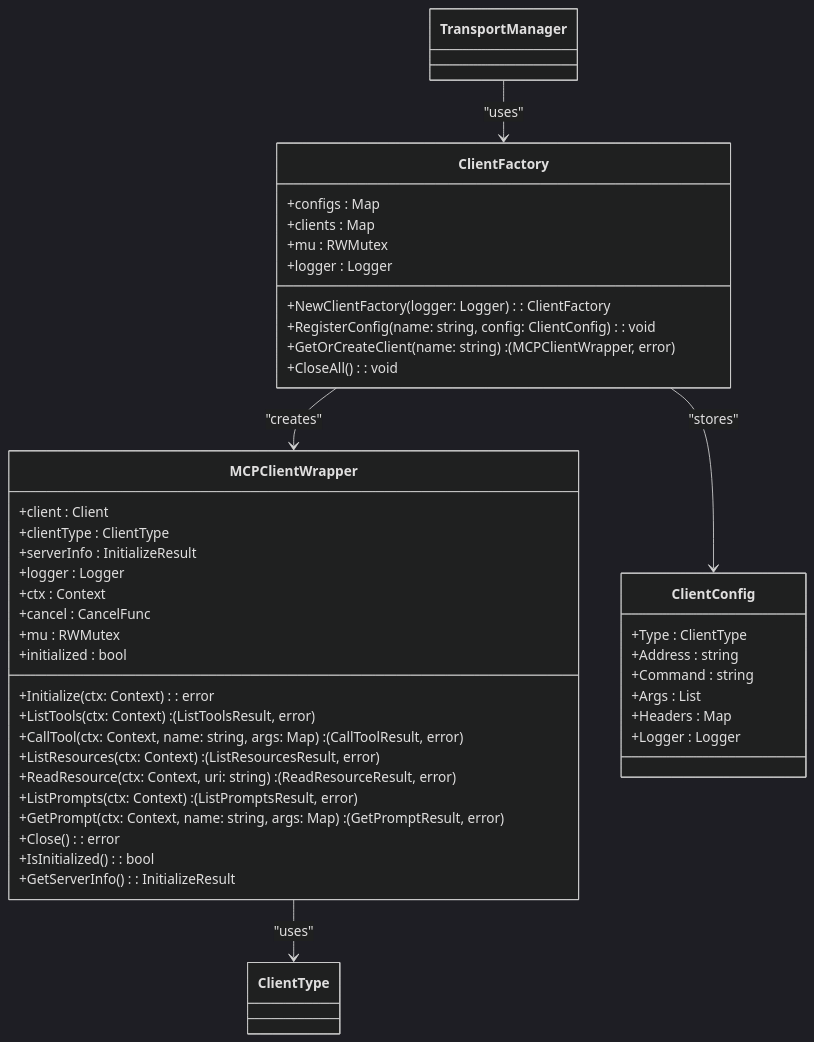
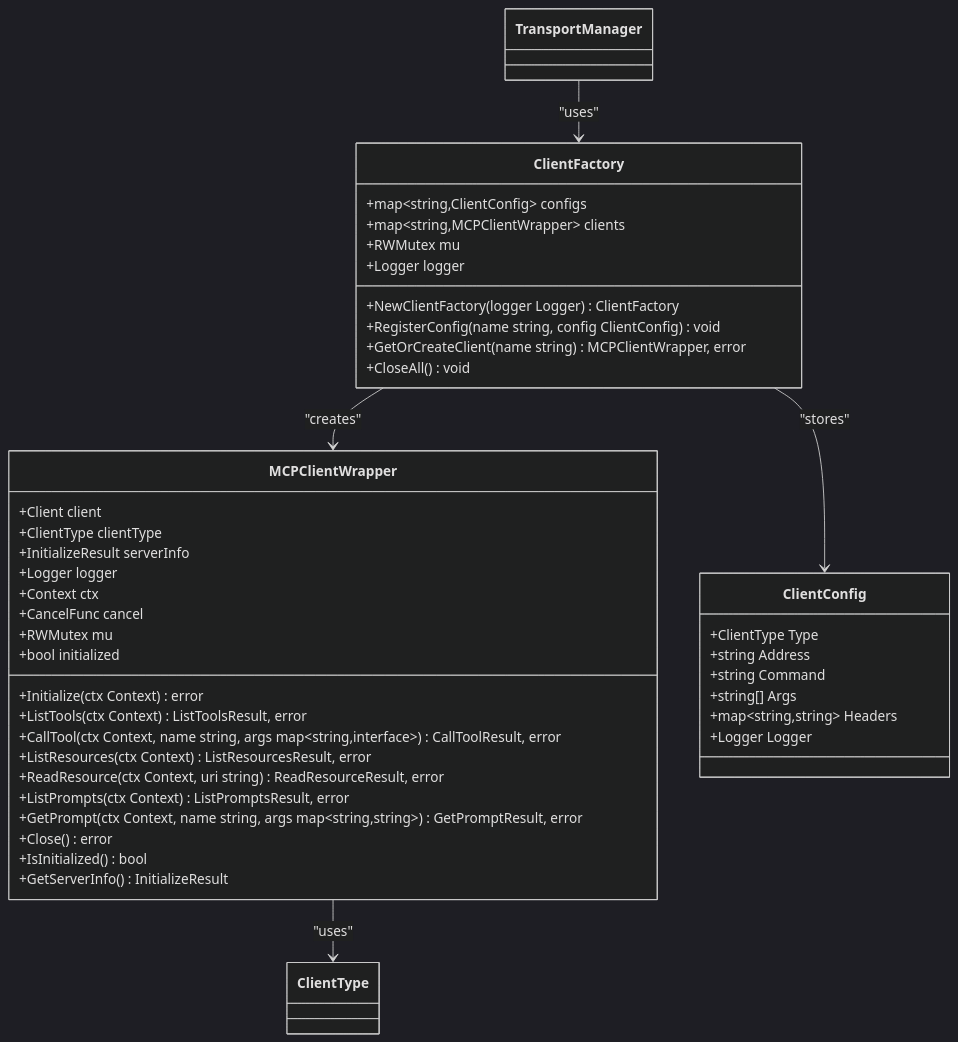
Before and after one commit to prxs-ai/praxis-go-sdk: the fifth of 9 diagrams in docs/Architecture Overview/Model Context Protocol (MCP) Integration/MCP Server Implementation.md, drawn with Mermaid (dark theme). The commit also changed other lines of this file and 33 other files, not shown here.

````diff
--- a/docs/Architecture Overview/Model Context Protocol (MCP) Integration/MCP Server Implementation.md
+++ b/docs/Architecture Overview/Model Context Protocol (MCP) Integration/MCP Server Implementation.md
@@ -228,45 +229,45 @@
 ```mermaid
 classDiagram
 class MCPClientWrapper {
-+client : Client
-+clientType : ClientType
-+serverInfo : InitializeResult
-+logger : Logger
-+ctx : Context
-+cancel : CancelFunc
-+mu : RWMutex
-+initialized : bool
-+Initialize(ctx: Context) : error
-+ListTools(ctx: Context) : (ListToolsResult, error)
-+CallTool(ctx: Context, name: string, args: Map<string, interface>) : (CallToolResult, error)
-+ListResources(ctx: Context) : (ListResourcesResult, error)
-+ReadResource(ctx: Context, uri: string) : (ReadResourceResult, error)
-+ListPrompts(ctx: Context) : (ListPromptsResult, error)
-+GetPrompt(ctx: Context, name: string, args: Map<string, string>) : (GetPromptResult, error)
-+Close() : error
-+IsInitialized() : bool
-+GetServerInfo() : InitializeResult
++Client client
++ClientType clientType
++InitializeResult serverInfo
++Logger logger
++Context ctx
++CancelFunc cancel
++RWMutex mu
++bool initialized
++Initialize(ctx Context) error
++ListTools(ctx Context) ListToolsResult, error
++CallTool(ctx Context, name string, args map~string,interface~) CallToolResult, error
++ListResources(ctx Context) ListResourcesResult, error
++ReadResource(ctx Context, uri string) ReadResourceResult, error
++ListPrompts(ctx Context) ListPromptsResult, error
++GetPrompt(ctx Context, name string, args map~string,string~) GetPromptResult, error
++Close() error
++IsInitialized() bool
++GetServerInfo() InitializeResult
 }
 class ClientConfig {
-+Type : ClientType
-+Address : string
-+Command : string
-+Args : List<string>
-+Headers : Map<string, string>
-+Logger : Logger
++ClientType Type
++string Address
++string Command
++string[] Args
++map~string,string~ Headers
++Logger Logger
 }
 class ClientFactory {
-+configs : Map<string, ClientConfig>
-+clients : Map<string, MCPClientWrapper>
-+mu : RWMutex
-+logger : Logger
-+NewClientFactory(logger: Logger) : ClientFactory
-+RegisterConfig(name: string, config: ClientConfig) : void
-+GetOrCreateClient(name: string) : (MCPClientWrapper, error)
-+CloseAll() : void
++map~string,ClientConfig~ configs
++map~string,MCPClientWrapper~ clients
++RWMutex mu
++Logger logger
++NewClientFactory(logger Logger) ClientFactory
++RegisterConfig(name string, config ClientConfig) void
++GetOrCreateClient(name string) MCPClientWrapper, error
++CloseAll() void
 }
 MCPClientWrapper --> ClientType : "uses"
 ClientFactory --> ClientConfig : "stores"
 ClientFactory --> MCPClientWrapper : "creates"
 TransportManager --> ClientFactory : "uses"
 ```
````
